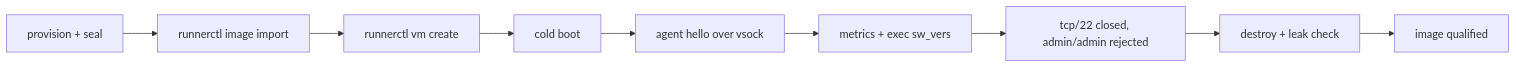
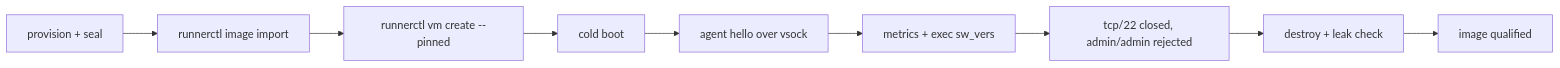
One commit to andrejvysny/RunnerVM changed the diagram in docs/macos-guests.md. Above: the diagram before and after it, drawn with Mermaid. The commit also changed other lines of this file and 20 other files, not shown here.

````diff
--- a/docs/macos-guests.md
+++ b/docs/macos-guests.md
@@ -177,11 +177,11 @@
 ```mermaid
 flowchart LR
     P["provision + seal"] --> I["runnerctl image import"]
-    I --> C["runnerctl vm create"]
+    I --> C["runnerctl vm create --pinned"]
     C --> B["cold boot"]
     B --> A["agent hello over vsock"]
     A --> H["metrics + exec sw_vers"]
     H --> S["tcp/22 closed, admin/admin rejected"]
     S --> D["destroy + leak check"]
     D --> Q["image qualified"]
 ```
````
